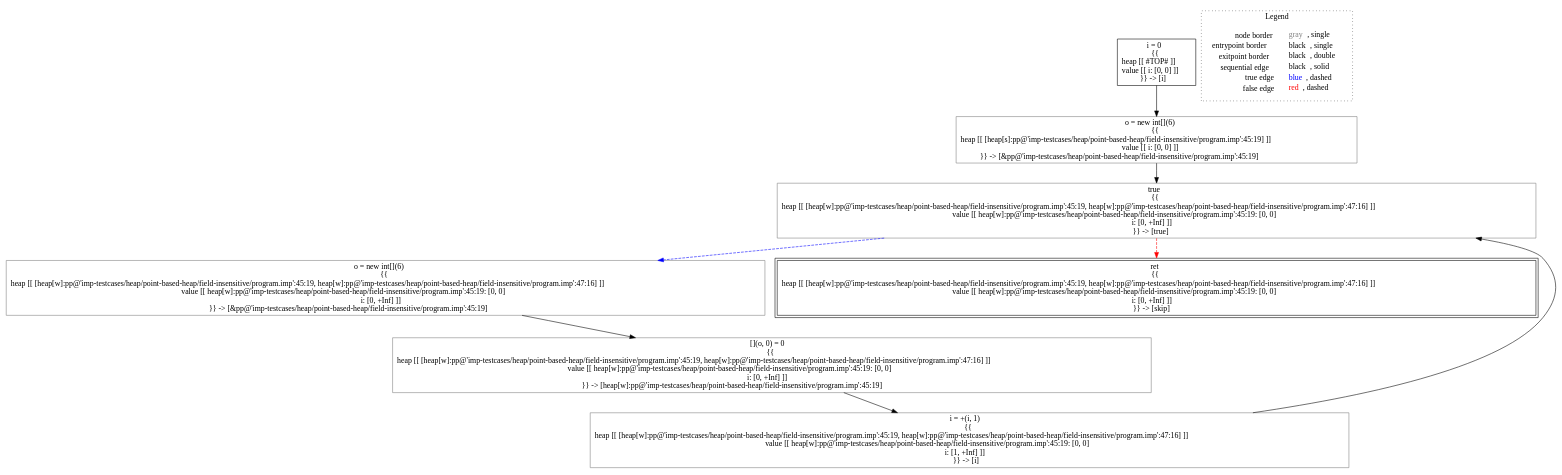
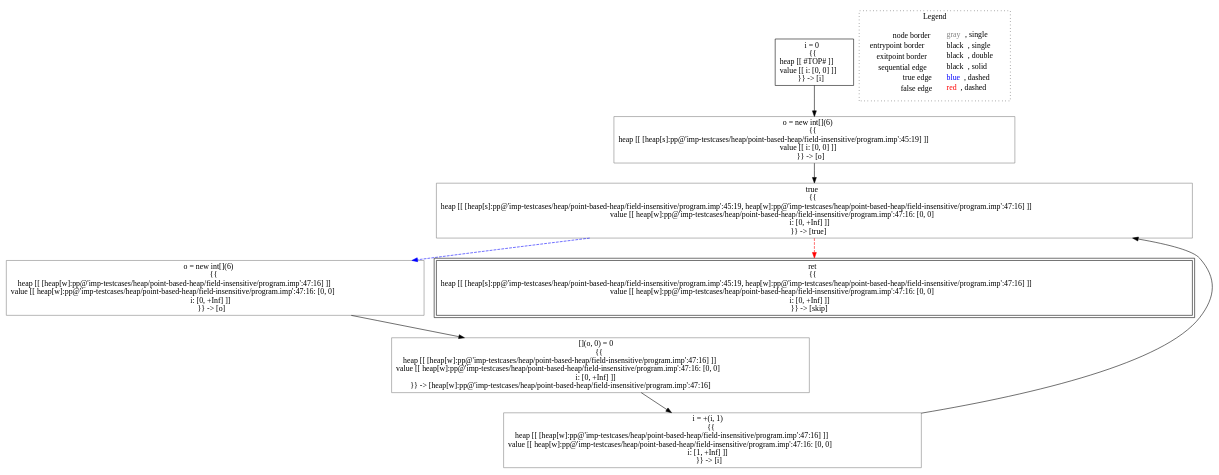
Before and after one commit to lisa-analyzer/lisa: the diagram in lisa/imp-testcases/heap/point-based-heap/field-insensitive/analysis___untyped_A.f5(A_this).dot, drawn with Graphviz. The commit also changed 33 other files, not shown here.

Commit message:
#95 refactored new heap symbolic expressions, removed rewriting in analysis state small step semantics and assign methods, point based heap tests

```diff
--- a/lisa/imp-testcases/heap/point-based-heap/field-insensitive/analysis___untyped_A.f5(A_this).dot
+++ b/lisa/imp-testcases/heap/point-based-heap/field-insensitive/analysis___untyped_A.f5(A_this).dot
@@ -1,23 +1,23 @@
 digraph {
 	"node0" [shape="rect",color="black",label=<i = 0<BR/>{{<BR/>heap [[ #TOP# ]]<BR/>value [[ i: [0, 0] ]]<BR/>}} -&gt; [i]>];
-	"node1" [shape="rect",color="gray",label=<true<BR/>{{<BR/>heap [[ [heap[w]:pp@'imp-testcases/heap/point-based-heap/field-insensitive/program.imp':45:19, heap[w]:pp@'imp-testcases/heap/point-based-heap/field-insensitive/program.imp':47:16] ]]<BR/>value [[ heap[w]:pp@'imp-testcases/heap/point-based-heap/field-insensitive/program.imp':45:19: [0, 0]<BR/>i: [0, +Inf] ]]<BR/>}} -&gt; [true]>];
-	"node2" [shape="rect",color="gray",label=<o = new int[](6)<BR/>{{<BR/>heap [[ [heap[w]:pp@'imp-testcases/heap/point-based-heap/field-insensitive/program.imp':45:19, heap[w]:pp@'imp-testcases/heap/point-based-heap/field-insensitive/program.imp':47:16] ]]<BR/>value [[ heap[w]:pp@'imp-testcases/heap/point-based-heap/field-insensitive/program.imp':45:19: [0, 0]<BR/>i: [0, +Inf] ]]<BR/>}} -&gt; [&amp;pp@'imp-testcases/heap/point-based-heap/field-insensitive/program.imp':45:19]>];
-	"node3" [shape="rect",color="black",peripheries="2",label=<ret<BR/>{{<BR/>heap [[ [heap[w]:pp@'imp-testcases/heap/point-based-heap/field-insensitive/program.imp':45:19, heap[w]:pp@'imp-testcases/heap/point-based-heap/field-insensitive/program.imp':47:16] ]]<BR/>value [[ heap[w]:pp@'imp-testcases/heap/point-based-heap/field-insensitive/program.imp':45:19: [0, 0]<BR/>i: [0, +Inf] ]]<BR/>}} -&gt; [skip]>];
-	"node4" [shape="rect",color="gray",label=<i = +(i, 1)<BR/>{{<BR/>heap [[ [heap[w]:pp@'imp-testcases/heap/point-based-heap/field-insensitive/program.imp':45:19, heap[w]:pp@'imp-testcases/heap/point-based-heap/field-insensitive/program.imp':47:16] ]]<BR/>value [[ heap[w]:pp@'imp-testcases/heap/point-based-heap/field-insensitive/program.imp':45:19: [0, 0]<BR/>i: [1, +Inf] ]]<BR/>}} -&gt; [i]>];
-	"node5" [shape="rect",color="gray",label=<[](o, 0) = 0<BR/>{{<BR/>heap [[ [heap[w]:pp@'imp-testcases/heap/point-based-heap/field-insensitive/program.imp':45:19, heap[w]:pp@'imp-testcases/heap/point-based-heap/field-insensitive/program.imp':47:16] ]]<BR/>value [[ heap[w]:pp@'imp-testcases/heap/point-based-heap/field-insensitive/program.imp':45:19: [0, 0]<BR/>i: [0, +Inf] ]]<BR/>}} -&gt; [heap[w]:pp@'imp-testcases/heap/point-based-heap/field-insensitive/program.imp':45:19]>];
-	"node6" [shape="rect",color="gray",label=<o = new int[](6)<BR/>{{<BR/>heap [[ [heap[s]:pp@'imp-testcases/heap/point-based-heap/field-insensitive/program.imp':45:19] ]]<BR/>value [[ i: [0, 0] ]]<BR/>}} -&gt; [&amp;pp@'imp-testcases/heap/point-based-heap/field-insensitive/program.imp':45:19]>];
+	"node1" [shape="rect",color="gray",label=<true<BR/>{{<BR/>heap [[ [heap[s]:pp@'imp-testcases/heap/point-based-heap/field-insensitive/program.imp':45:19, heap[w]:pp@'imp-testcases/heap/point-based-heap/field-insensitive/program.imp':47:16] ]]<BR/>value [[ heap[w]:pp@'imp-testcases/heap/point-based-heap/field-insensitive/program.imp':47:16: [0, 0]<BR/>i: [0, +Inf] ]]<BR/>}} -&gt; [true]>];
+	"node2" [shape="rect",color="gray",label=<o = new int[](6)<BR/>{{<BR/>heap [[ [heap[w]:pp@'imp-testcases/heap/point-based-heap/field-insensitive/program.imp':47:16] ]]<BR/>value [[ heap[w]:pp@'imp-testcases/heap/point-based-heap/field-insensitive/program.imp':47:16: [0, 0]<BR/>i: [0, +Inf] ]]<BR/>}} -&gt; [o]>];
+	"node3" [shape="rect",color="black",peripheries="2",label=<ret<BR/>{{<BR/>heap [[ [heap[s]:pp@'imp-testcases/heap/point-based-heap/field-insensitive/program.imp':45:19, heap[w]:pp@'imp-testcases/heap/point-based-heap/field-insensitive/program.imp':47:16] ]]<BR/>value [[ heap[w]:pp@'imp-testcases/heap/point-based-heap/field-insensitive/program.imp':47:16: [0, 0]<BR/>i: [0, +Inf] ]]<BR/>}} -&gt; [skip]>];
+	"node4" [shape="rect",color="gray",label=<i = +(i, 1)<BR/>{{<BR/>heap [[ [heap[w]:pp@'imp-testcases/heap/point-based-heap/field-insensitive/program.imp':47:16] ]]<BR/>value [[ heap[w]:pp@'imp-testcases/heap/point-based-heap/field-insensitive/program.imp':47:16: [0, 0]<BR/>i: [1, +Inf] ]]<BR/>}} -&gt; [i]>];
+	"node5" [shape="rect",color="gray",label=<[](o, 0) = 0<BR/>{{<BR/>heap [[ [heap[w]:pp@'imp-testcases/heap/point-based-heap/field-insensitive/program.imp':47:16] ]]<BR/>value [[ heap[w]:pp@'imp-testcases/heap/point-based-heap/field-insensitive/program.imp':47:16: [0, 0]<BR/>i: [0, +Inf] ]]<BR/>}} -&gt; [heap[w]:pp@'imp-testcases/heap/point-based-heap/field-insensitive/program.imp':47:16]>];
+	"node6" [shape="rect",color="gray",label=<o = new int[](6)<BR/>{{<BR/>heap [[ [heap[s]:pp@'imp-testcases/heap/point-based-heap/field-insensitive/program.imp':45:19] ]]<BR/>value [[ i: [0, 0] ]]<BR/>}} -&gt; [o]>];
 	"node1" -> "node2" [color="blue",style="dashed"];
 	"node1" -> "node3" [color="red",style="dashed"];
 	"node2" -> "node5" [color="black"];
 	"node4" -> "node1" [color="black"];
 	"node0" -> "node6" [color="black"];
 	"node5" -> "node4" [color="black"];
 	"node6" -> "node1" [color="black"];
 subgraph cluster_legend {
 	label="Legend";
 	style=dotted;
 	node [shape=plaintext];
 	"legend" [label=<<table border="0" cellpadding="2" cellspacing="0" cellborder="0"><tr><td align="right">node border&nbsp;</td><td align="left"><font color="gray">gray</font>, single</td></tr><tr><td align="right">entrypoint border&nbsp;</td><td align="left"><font color="black">black</font>, single</td></tr><tr><td align="right">exitpoint border&nbsp;</td><td align="left"><font color="black">black</font>, double</td></tr><tr><td align="right">sequential edge&nbsp;</td><td align="left"><font color="black">black</font>, solid</td></tr><tr><td align="right">true edge&nbsp;</td><td align="left"><font color="blue">blue</font>, dashed</td></tr><tr><td align="right">false edge&nbsp;</td><td align="left"><font color="red">red</font>, dashed</td></tr></table>>];
 }
 
 }
```
